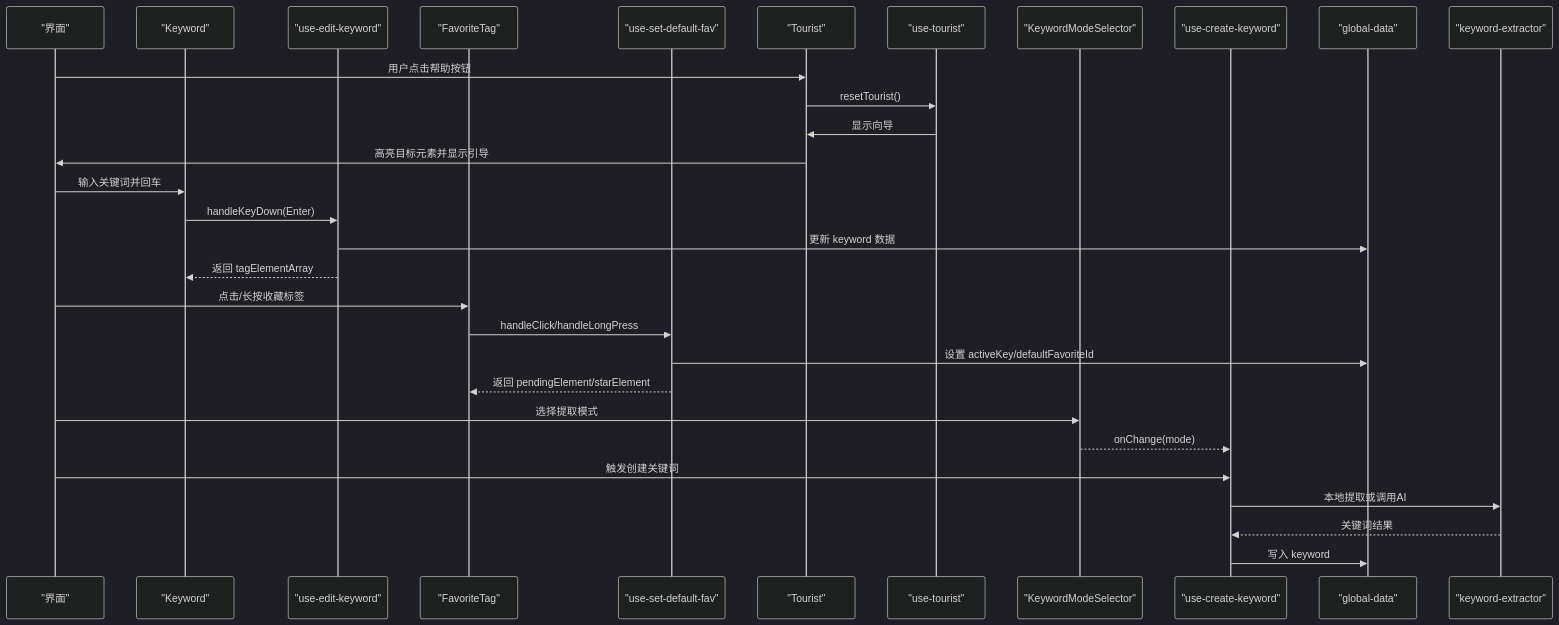
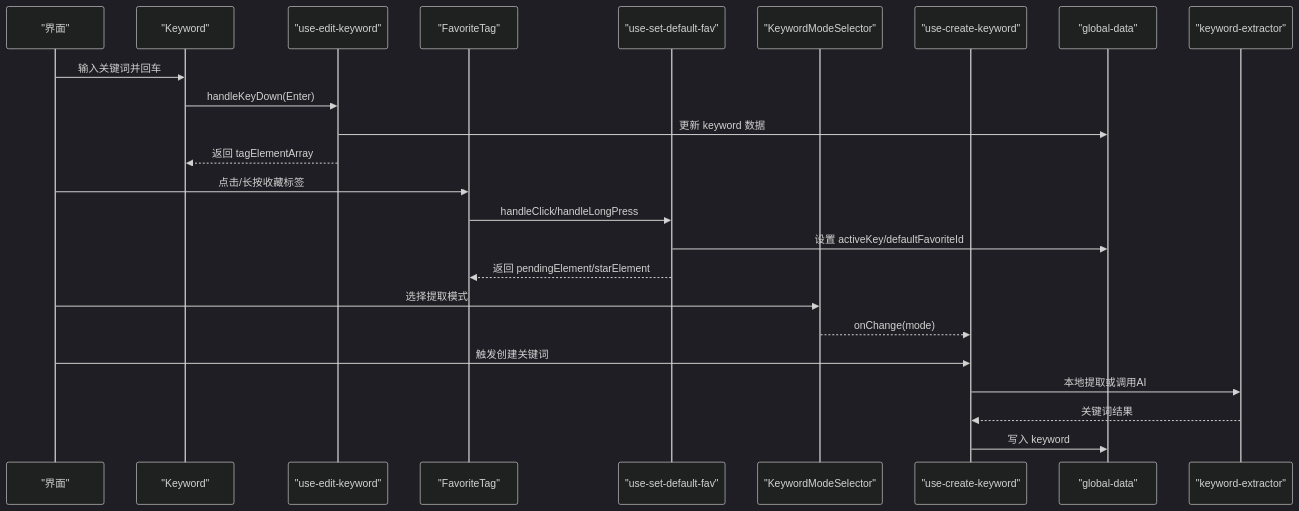
The second of 6 diagrams in .qoder/repowiki/zh/content/UI组件系统/专用组件.md (RadiumAg/bilibili-favorites), drawn with Mermaid (dark theme) before and after one commit. The commit also changed other lines of this file and 21 other files, not shown here.

````diff
--- a/.qoder/repowiki/zh/content/UI组件系统/专用组件.md
+++ b/.qoder/repowiki/zh/content/UI组件系统/专用组件.md
@@ -123,32 +105,26 @@
 ```mermaid
 sequenceDiagram
 participant UI as "界面"
 participant KW as "Keyword"
 participant UEK as "use-edit-keyword"
 participant FT as "FavoriteTag"
 participant USDF as "use-set-default-fav"
-participant TR as "Tourist"
-participant UTR as "use-tourist"
 participant KMS as "KeywordModeSelector"
 participant UCK as "use-create-keyword"
 participant GDT as "global-data"
 participant KE as "keyword-extractor"
-UI->>TR : 用户点击帮助按钮
-TR->>UTR : resetTourist()
-UTR->>TR : 显示向导
-TR->>UI : 高亮目标元素并显示引导
 UI->>KW : 输入关键词并回车
 KW->>UEK : handleKeyDown(Enter)
 UEK->>GDT : 更新 keyword 数据
 UEK-->>KW : 返回 tagElementArray
 UI->>FT : 点击/长按收藏标签
 FT->>USDF : handleClick/handleLongPress
 USDF->>GDT : 设置 activeKey/defaultFavoriteId
 USDF-->>FT : 返回 pendingElement/starElement
 UI->>KMS : 选择提取模式
 KMS-->>UCK : onChange(mode)
 UI->>UCK : 触发创建关键词
 UCK->>KE : 本地提取或调用AI
 KE-->>UCK : 关键词结果
 UCK->>GDT : 写入 keyword
 ```
````
